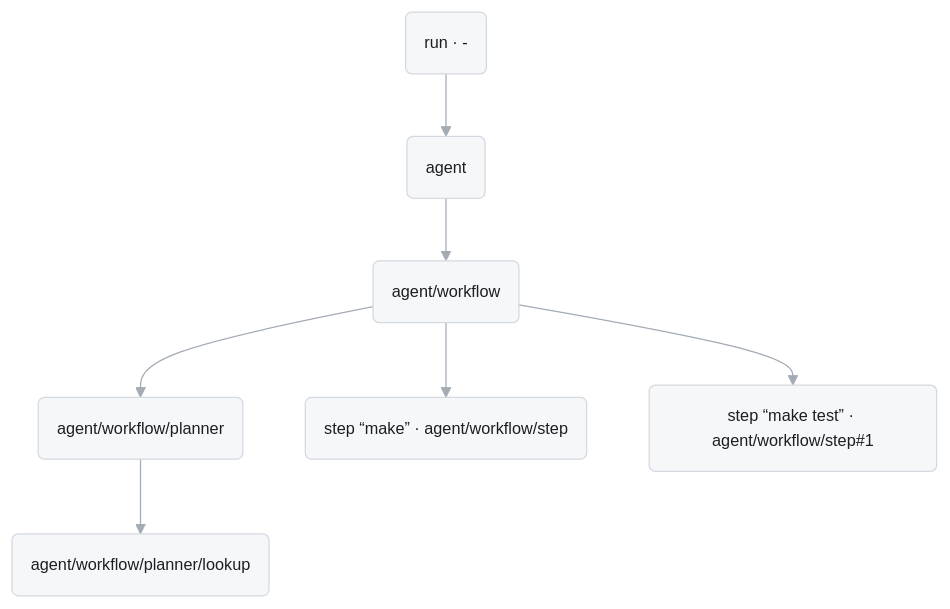
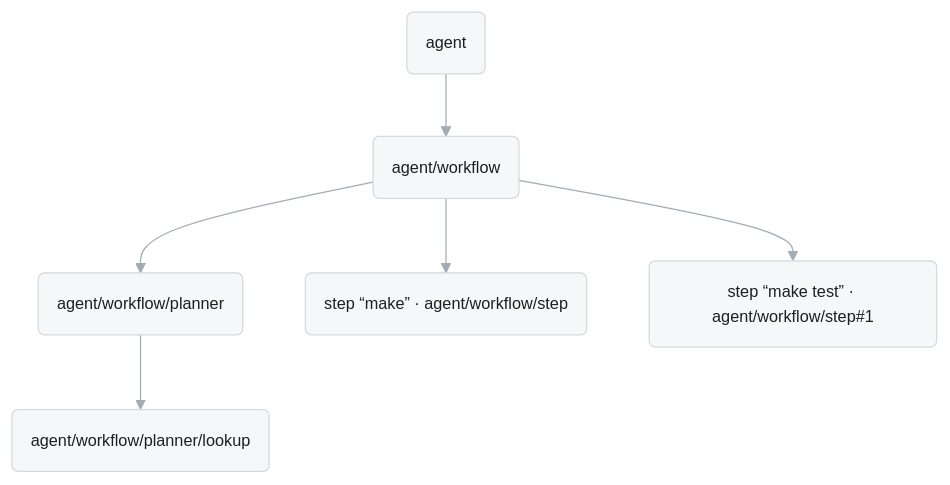
One commit to pku-xht/alaya changed the fifth of 5 diagrams in docs/language.md. Above: the diagram before and after it, drawn with Mermaid. The commit also changed other lines of this file and 13 other files, not shown here.

First line of the commit message:
Keep the session out of the language doc, and let the CLI's diagram parse

````diff
--- a/docs/language.md
+++ b/docs/language.md
@@ -617,10 +616,10 @@
 ```mermaid
 %%{init: {"theme": "base", "themeVariables": {"fontFamily": "BlinkMacSystemFont, Segoe UI, Helvetica, Arial", "fontSize": "13px", "primaryColor": "#f6f7f9", "primaryTextColor": "#1c1e21", "primaryBorderColor": "#d3d9e0", "lineColor": "#a3abb5", "textColor": "#6f7985", "edgeLabelBackground": "#ffffff", "clusterBkg": "#fafbfc", "clusterBorder": "#e3e6ea"}}}%%
 flowchart TD
-  run("run · -") --> agent("agent") --> workflow("agent/workflow")
+  agent("agent") --> workflow("agent/workflow")
   workflow --> planner("agent/workflow/planner")
   workflow --> make("step “make” · agent/workflow/step")
   workflow --> test("step “make test” · agent/workflow/step#1")
   planner --> lookup("agent/workflow/planner/lookup")
   linkStyle default stroke-width:1px
 ```
````
